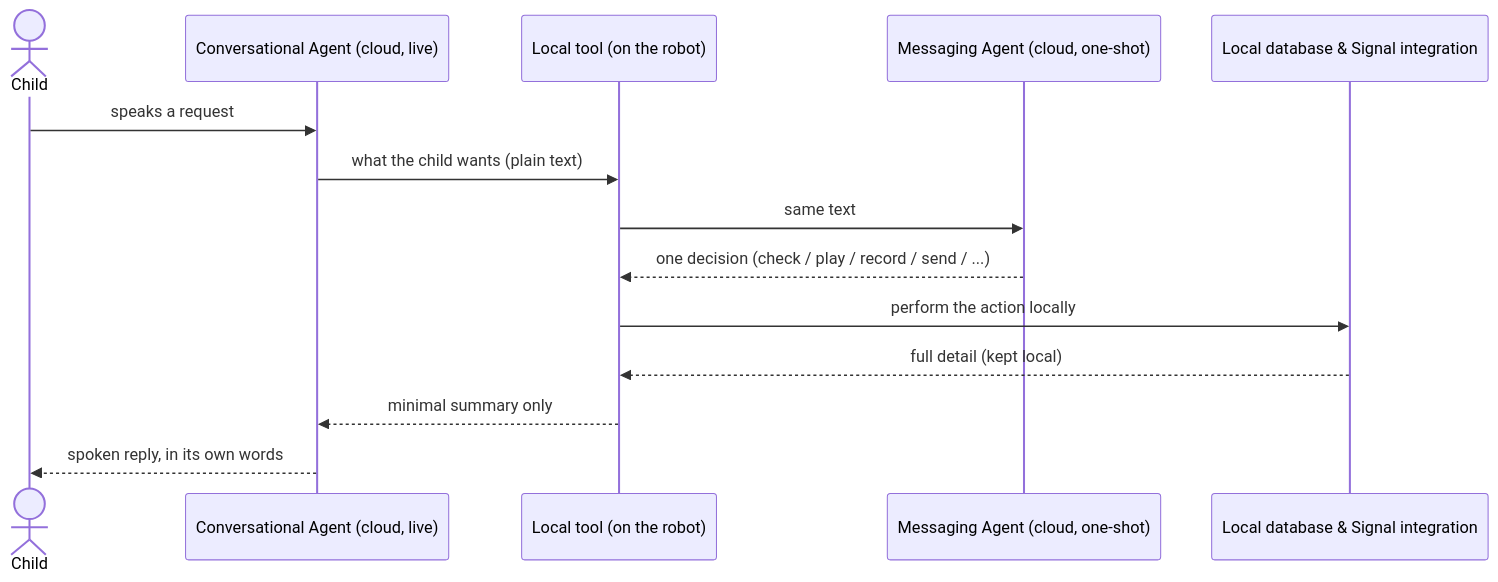
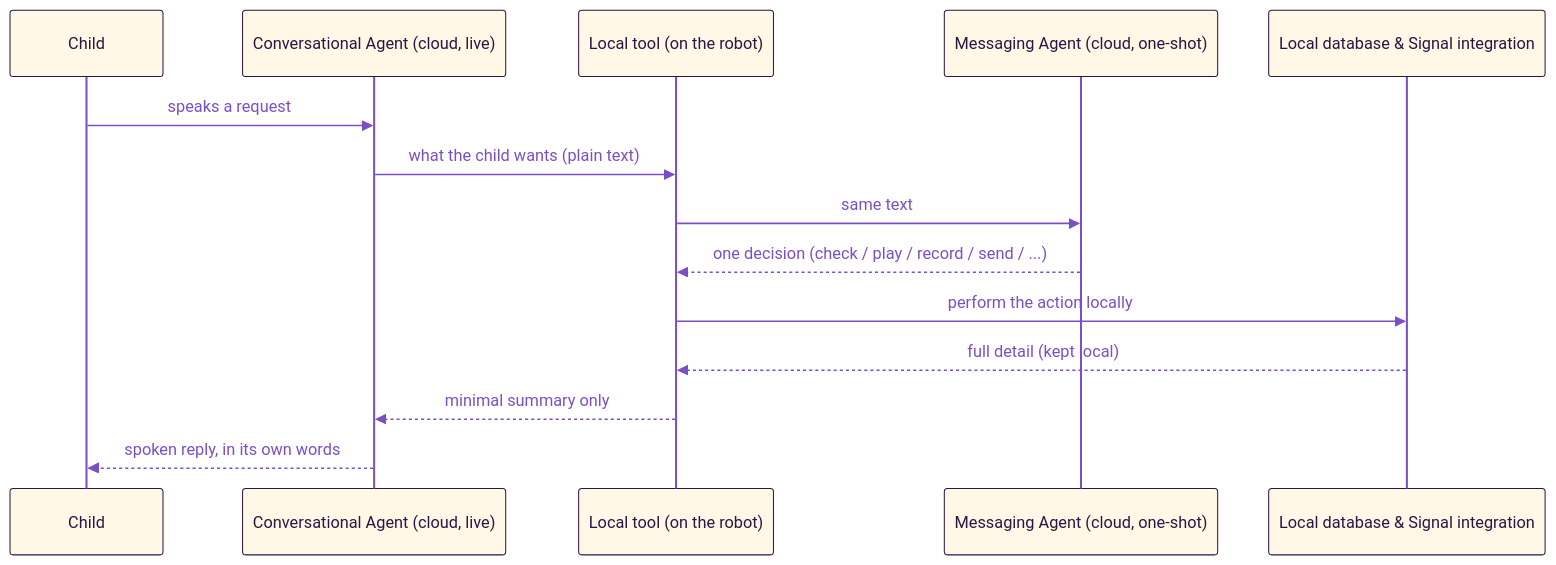
Before and after one commit to betiana688/lola-bla: the first of 2 diagrams in docs/development-plan.md, drawn with Mermaid. The commit also changed other lines of this file and 10 other files, not shown here.

Commit message:
docs round 1: brand colours on all 24 diagrams, docs home with two ways in, README status and limits brought up to date, console page table, backlog (guide for users, promo video)

````diff
--- a/docs/development-plan.md
+++ b/docs/development-plan.md
@@ -99,16 +99,17 @@
 ```mermaid
+%%{init: {"theme":"base","themeVariables":{"primaryColor":"#FFF8E7","primaryTextColor":"#2A1640","primaryBorderColor":"#2A1640","lineColor":"#7B4FC4","textColor":"#7B4FC4","secondaryColor":"#F7D33E","tertiaryColor":"#C9B3F2","noteBkgColor":"#F7D33E","noteTextColor":"#2A1640","noteBorderColor":"#2A1640","actorBkg":"#FFF8E7","actorBorder":"#2A1640","actorTextColor":"#2A1640","actorLineColor":"#7B4FC4","signalColor":"#7B4FC4","signalTextColor":"#7B4FC4","labelBoxBkgColor":"#FFF8E7","labelBoxBorderColor":"#2A1640","labelTextColor":"#2A1640","loopTextColor":"#7B4FC4","edgeLabelBackground":"#FFF8E7","clusterBkg":"#C9B3F2","clusterBorder":"#2A1640","titleColor":"#2A1640"}}}%%
 sequenceDiagram
-  actor Child
+  participant Child
   participant CA as Conversational Agent (cloud, live)
   participant Tool as Local tool (on the robot)
   participant MA as Messaging Agent (cloud, one-shot)
   participant Exec as Local database & Signal integration
   Child->>CA: speaks a request
   CA->>Tool: what the child wants (plain text)
   Tool->>MA: same text
   MA-->>Tool: one decision (check / play / record / send / ...)
   Tool->>Exec: perform the action locally
   Exec-->>Tool: full detail (kept local)
   Tool-->>CA: minimal summary only
   CA-->>Child: spoken reply, in its own words
 ```
````
